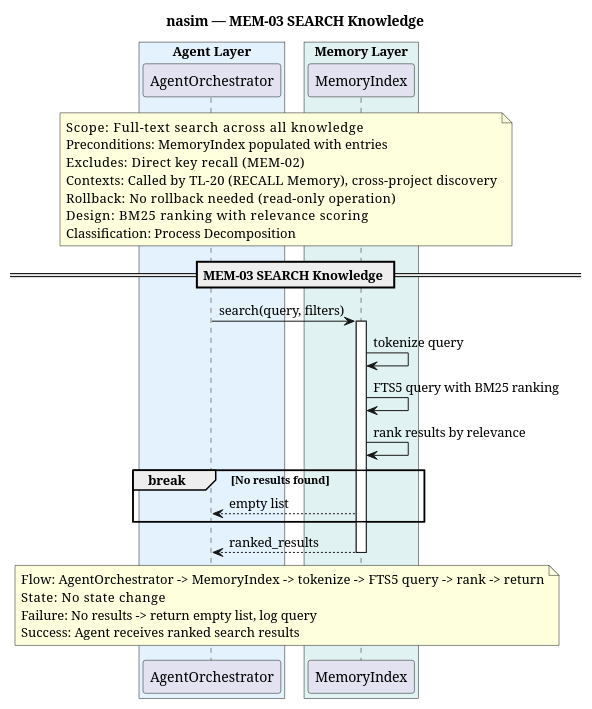
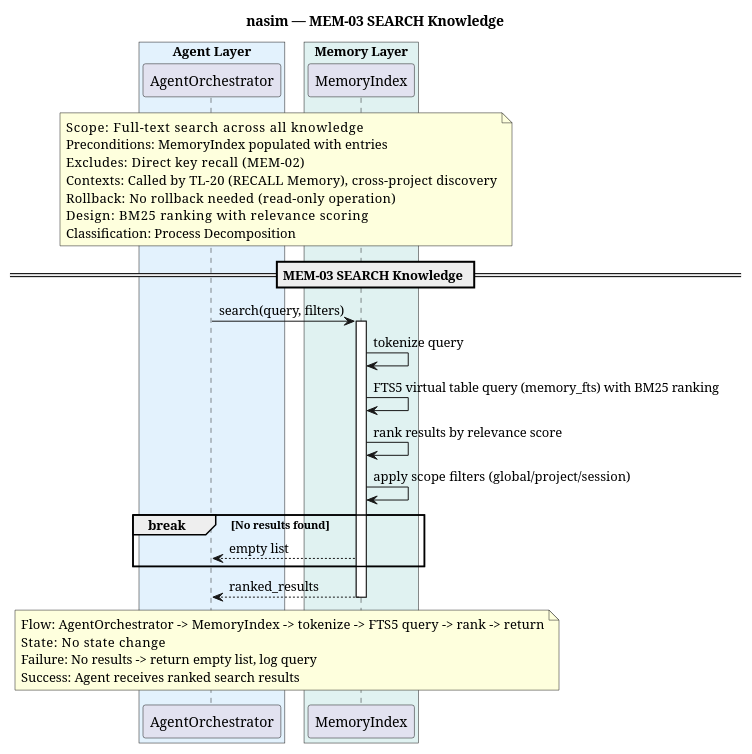
Before and after one commit to salimnamvar/nasim: the diagram in docs/SQ/MEM/sq_mem03_search_knowledge.puml, drawn with PlantUML. The commit also changed 18 other files, not shown here.

Commit message:
docs: Update component diagrams and API documentation for improved clarity and structure

```diff
--- a/docs/SQ/MEM/sq_mem03_search_knowledge.puml
+++ b/docs/SQ/MEM/sq_mem03_search_knowledge.puml
@@ -1,54 +1,55 @@
 @startuml sq_mem03_search_knowledge
 ' ============================================================
 ' Title:     MEM-03 — SEARCH Knowledge
 ' Boundary:  nasim code agent
 ' Purpose:   Full-text search across knowledge store
 ' Milestone: v1.0
 ' Version:   2.0.0
 ' Source:    docs/UC/README.md
 ' Review:    docs/SQ/README.md
 ' ============================================================
 
 title nasim — MEM-03 SEARCH Knowledge
 
 box "Agent Layer" #E3F2FD
   participant "AgentOrchestrator" as agent
 end box
 box "Memory Layer" #E0F2F1
   participant "MemoryIndex" as index
 end box
 
 note over agent, index
   Scope:          Full-text search across all knowledge
   Preconditions:  MemoryIndex populated with entries
   Excludes:       Direct key recall (MEM-02)
   Contexts:       Called by TL-20 (RECALL Memory), cross-project discovery
   Rollback:       No rollback needed (read-only operation)
   Design:         BM25 ranking with relevance scoring
   Classification: Process Decomposition
 end note
 
 == MEM-03 SEARCH Knowledge ==
 
 agent -> index : search(query, filters)
 activate index
 
 index -> index : tokenize query
-index -> index : FTS5 query with BM25 ranking
-index -> index : rank results by relevance
+index -> index : FTS5 virtual table query (memory_fts) with BM25 ranking
+index -> index : rank results by relevance score
+index -> index : apply scope filters (global/project/session)
 
 break No results found
     index --> agent : empty list
 end
 
 index --> agent : ranked_results
 deactivate index
 
 note over agent, index
   Flow:    AgentOrchestrator -> MemoryIndex -> tokenize -> FTS5 query -> rank -> return
   State:   No state change
   Failure: No results -> return empty list, log query
   Success: Agent receives ranked search results
 end note
 
 @enduml
```
